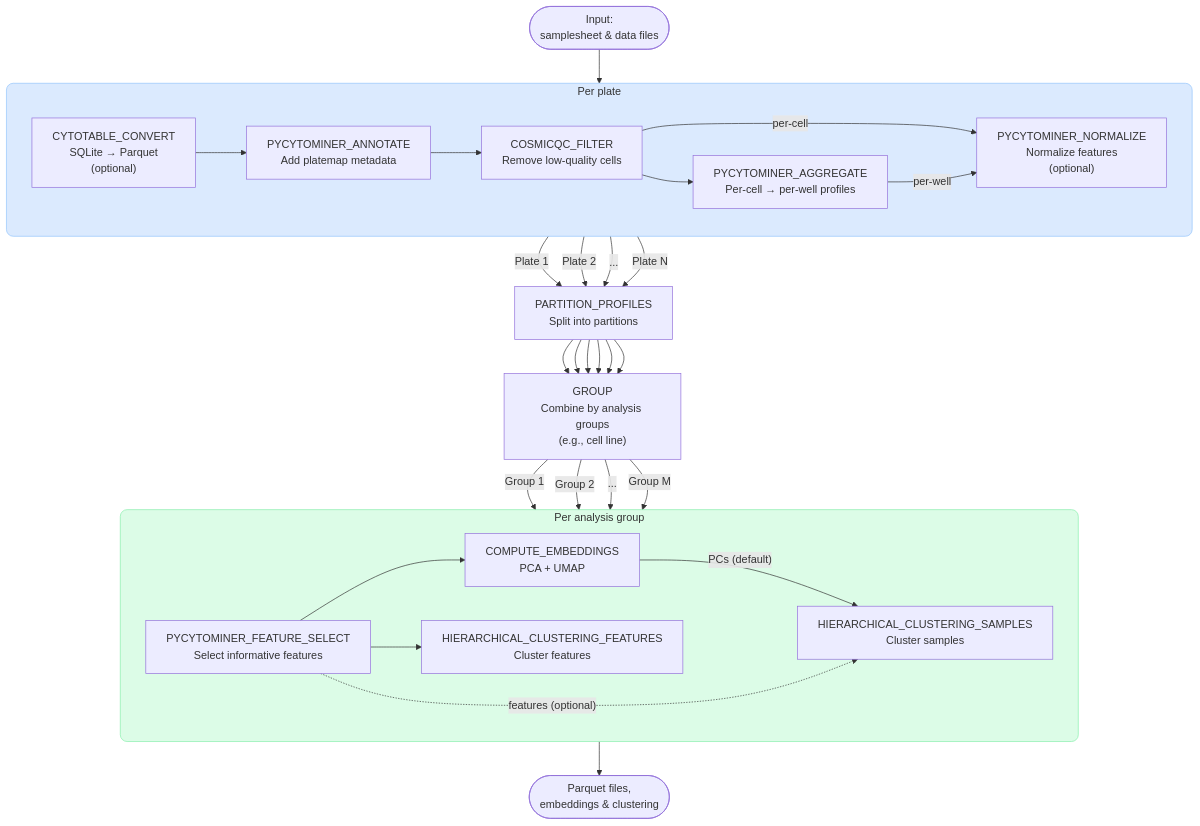
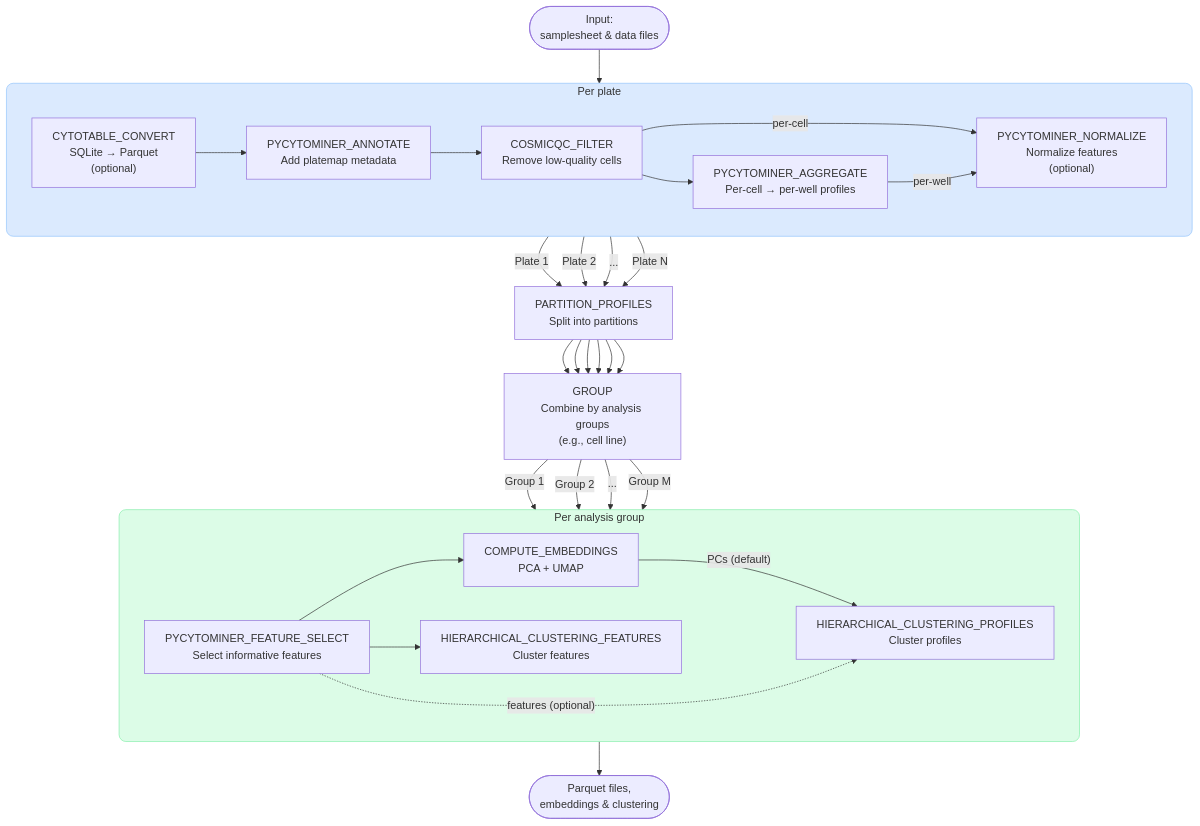
One commit to AlexsLemonade/morphport changed the diagram in README.md. Above: the diagram before and after it, drawn with Mermaid. The commit also changed 30 other files, not shown here.

Commit message:
rename samples as profiles

````diff
--- a/README.md
+++ b/README.md
@@ -22,53 +22,53 @@
 ```mermaid
 flowchart TD
     INPUT([Input:\nsamplesheet & data files])
 
     subgraph per_plate ["Per plate"]
         CYTOTABLE["CYTOTABLE_CONVERT\nSQLite → Parquet\n(optional)"]
         ANNOTATE[PYCYTOMINER_ANNOTATE\nAdd platemap metadata]
         FILTER[COSMICQC_FILTER\nRemove low-quality cells]
         AGGREGATE[PYCYTOMINER_AGGREGATE\nPer-cell → per-well profiles]
         NORMALIZE["PYCYTOMINER_NORMALIZE\nNormalize features\n(optional)"]
 
         CYTOTABLE --> ANNOTATE
         ANNOTATE --> FILTER
         FILTER -->|per-cell| NORMALIZE
         FILTER --> AGGREGATE
         AGGREGATE -->|per-well| NORMALIZE
     end
 
     subgraph per_group ["Per analysis group"]
         FEATURE_SELECT[PYCYTOMINER_FEATURE_SELECT\nSelect informative features]
         EMBEDDINGS[COMPUTE_EMBEDDINGS\nPCA + UMAP]
-        CLUSTERING[HIERARCHICAL_CLUSTERING_SAMPLES\nCluster samples]
+        CLUSTERING[HIERARCHICAL_CLUSTERING_PROFILES\nCluster profiles]
         CLUSTER_FEATURES[HIERARCHICAL_CLUSTERING_FEATURES\nCluster features]
         FEATURE_SELECT --> EMBEDDINGS
         EMBEDDINGS -->|"PCs (default)"| CLUSTERING
         FEATURE_SELECT -.->|"features (optional)"| CLUSTERING
         FEATURE_SELECT --> CLUSTER_FEATURES
     end
 
     style per_plate fill:#dbeafe,stroke:#93c5fd,rx:10,ry:10
     style per_group fill:#dcfce7,stroke:#86efac,rx:10,ry:10
 
     INPUT --> per_plate
 
     PARTITION["PARTITION_PROFILES\nSplit into partitions"]
     GROUP["GROUP\nCombine by analysis groups\n(e.g., cell line)"]
 
     per_plate -->|"Plate 1"| PARTITION
     per_plate -->|"Plate 2"| PARTITION
     per_plate -->|"..."| PARTITION
     per_plate -->|"Plate N"| PARTITION
     PARTITION --> GROUP
     PARTITION --> GROUP
     PARTITION --> GROUP
     PARTITION --> GROUP
     PARTITION --> GROUP
     PARTITION --> GROUP
     GROUP -->|"Group 1"| per_group
     GROUP -->|"Group 2"| per_group
     GROUP -->|"..."| per_group
     GROUP -->|"Group M"| per_group
     per_group --> OUTPUT([Parquet files,\nembeddings & clustering])
 ```
````
